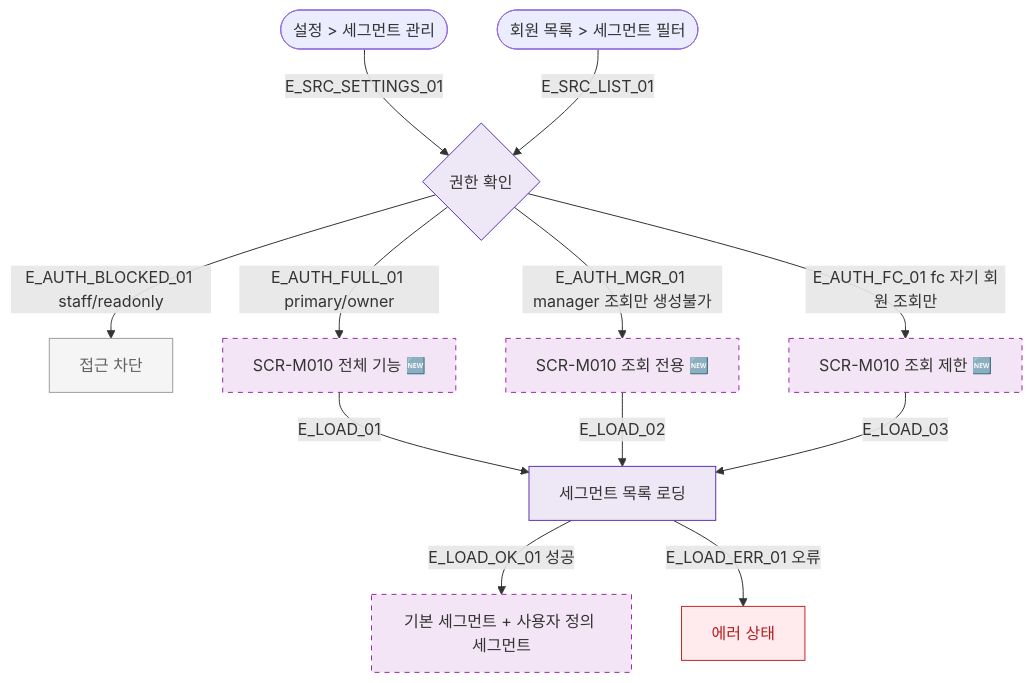
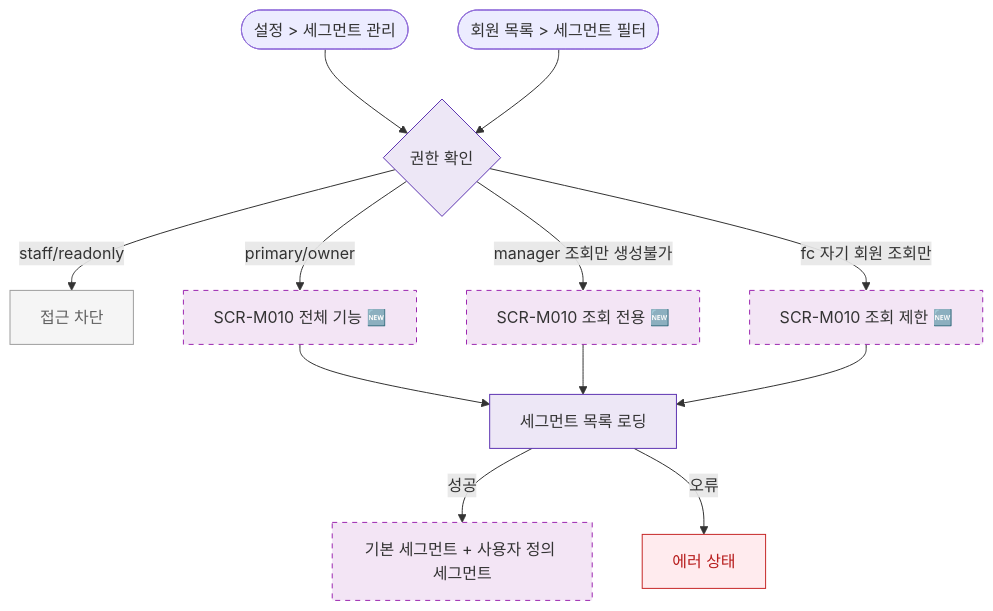
The diagram in docs/다이어그램/D02_회원관리/SCR-M010_세그먼트관리/F1_진입.md (dev-spogym/admin-pando), drawn with Mermaid before and after one commit. The commit also changed other lines of this file and 1660 other files, not shown here.

First line of the commit message:
다이어그램: 기획자/클라이언트 납품본으로 정리

````diff
--- a/docs/다이어그램/D02_회원관리/SCR-M010_세그먼트관리/F1_진입.md
+++ b/docs/다이어그램/D02_회원관리/SCR-M010_세그먼트관리/F1_진입.md
@@ -22,33 +20,33 @@
 ```mermaid
 flowchart TD
   SRC_SETTINGS([설정 > 세그먼트 관리])
   SRC_MEMBER_LIST([회원 목록 > 세그먼트 필터])
 
   AUTH_CHECK{권한 확인}
 
-  SRC_SETTINGS    -->|E_SRC_SETTINGS_01| AUTH_CHECK
-  SRC_MEMBER_LIST -->|E_SRC_LIST_01| AUTH_CHECK
+  SRC_SETTINGS --> AUTH_CHECK
+  SRC_MEMBER_LIST --> AUTH_CHECK
 
-  AUTH_CHECK -->|E_AUTH_BLOCKED_01 staff/readonly| BLOCKED[접근 차단]
-  AUTH_CHECK -->|E_AUTH_FC_01 fc 자기 회원 조회만| SCR_M010_FC[SCR-M010 조회 제한 🆕]
-  AUTH_CHECK -->|E_AUTH_MGR_01 manager 조회만 생성불가| SCR_M010_VIEW[SCR-M010 조회 전용 🆕]
-  AUTH_CHECK -->|E_AUTH_FULL_01 primary/owner| SCR_M010_FULL[SCR-M010 전체 기능 🆕]
+  AUTH_CHECK -->|staff/readonly|BLOCKED[접근 차단]
+  AUTH_CHECK -->|fc 자기 회원 조회만|SCR_M010_FC[SCR-M010 조회 제한 🆕]
+  AUTH_CHECK -->|manager 조회만 생성불가|SCR_M010_VIEW[SCR-M010 조회 전용 🆕]
+  AUTH_CHECK -->|primary/owner|SCR_M010_FULL[SCR-M010 전체 기능 🆕]
 
-  SCR_M010_FULL -->|E_LOAD_01| LOAD[세그먼트 목록 로딩]
-  SCR_M010_VIEW -->|E_LOAD_02| LOAD
-  SCR_M010_FC   -->|E_LOAD_03| LOAD
+  SCR_M010_FULL --> LOAD[세그먼트 목록 로딩]
+  SCR_M010_VIEW --> LOAD
+  SCR_M010_FC --> LOAD
 
-  LOAD -->|E_LOAD_OK_01 성공| UI_SEGMENTS[기본 세그먼트 + 사용자 정의 세그먼트]
-  LOAD -->|E_LOAD_ERR_01 오류| UI_ERR[에러 상태]
+  LOAD -->|성공|UI_SEGMENTS[기본 세그먼트 + 사용자 정의 세그먼트]
+  LOAD -->|오류|UI_ERR[에러 상태]
 
-  classDef newFeature  fill:#F3E5F5,stroke:#9C27B0,stroke-dasharray:5 5
-  classDef screen      fill:#E3F2FD,stroke:#1976D2,color:#0D47A1
+  classDef newFeature fill:#F3E5F5,stroke:#9C27B0,stroke-dasharray:5 5
+  classDef screen fill:#E3F2FD,stroke:#1976D2,color:#0D47A1
   classDef rbacBlocked fill:#F5F5F5,stroke:#9E9E9E,color:#616161
-  classDef error       fill:#FFEBEE,stroke:#C62828,color:#B71C1C
-  classDef system      fill:#EDE7F6,stroke:#5E35B2
+  classDef error fill:#FFEBEE,stroke:#C62828,color:#B71C1C
+  classDef system fill:#EDE7F6,stroke:#5E35B2
 
   class SCR_M010_FULL,SCR_M010_VIEW,SCR_M010_FC,UI_SEGMENTS newFeature
   class BLOCKED rbacBlocked
   class UI_ERR error
   class AUTH_CHECK,LOAD system
 ```
````
